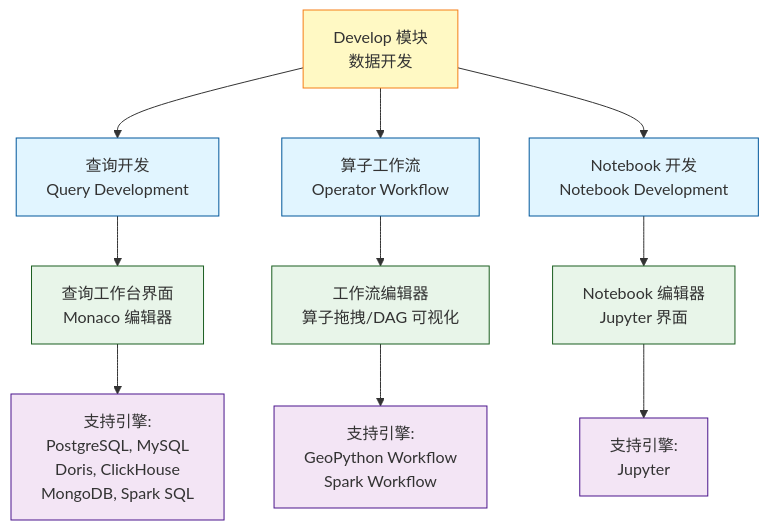
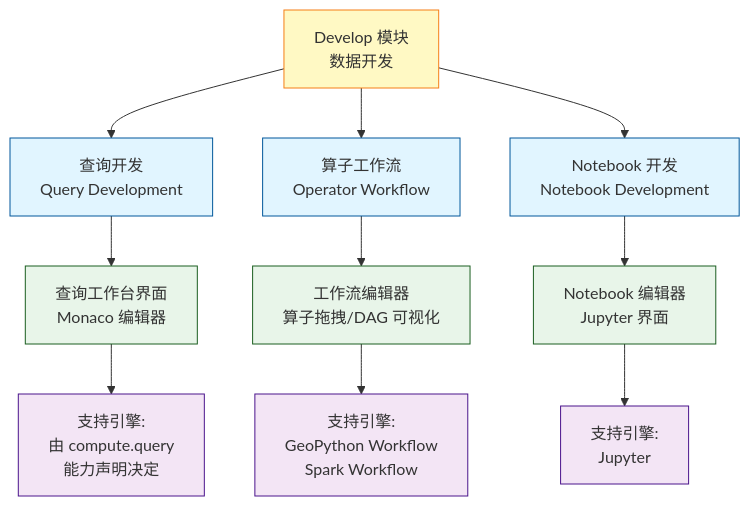
Before and after one commit to pampa0629/addp: the first of 5 diagrams in docs/concepts/addp数据开发体系图.md, drawn with Mermaid. The commit also changed other lines of this file and 293 other files, not shown here.

````diff
--- a/docs/concepts/addp数据开发体系图.md
+++ b/docs/concepts/addp数据开发体系图.md
@@ -21,28 +21,28 @@
 ```mermaid
 graph TB
     Develop[Develop 模块<br/>数据开发]
 
     Develop --> Query[查询开发<br/>Query Development]
     Develop --> Workflow[算子工作流<br/>Operator Workflow]
     Develop --> Notebook[Notebook 开发<br/>Notebook Development]
 
     Query --> QueryUI[查询工作台界面<br/>Monaco 编辑器]
     Workflow --> WorkflowUI[工作流编辑器<br/>算子拖拽/DAG 可视化]
     Notebook --> NotebookUI[Notebook 编辑器<br/>Jupyter 界面]
 
-    QueryUI --> QueryEngine[支持引擎:<br/>PostgreSQL, MySQL<br/>Doris, ClickHouse<br/>MongoDB, Spark SQL]
+    QueryUI --> QueryEngine[支持引擎:<br/>由 compute.query<br/>能力声明决定]
 
     WorkflowUI --> WorkflowEngine[支持引擎:<br/>GeoPython Workflow<br/>Spark Workflow]
 
     NotebookUI --> NotebookEngine[支持引擎:<br/>Jupyter]
 
     classDef module fill:#fff9c4,stroke:#f57f17
     classDef mode fill:#e1f5ff,stroke:#01579b
     classDef ui fill:#e8f5e9,stroke:#1b5e20
     classDef engine fill:#f3e5f5,stroke:#4a148c
 
     class Develop module
     class Query,Workflow,Notebook mode
     class QueryUI,WorkflowUI,NotebookUI ui
     class QueryEngine,WorkflowEngine,NotebookEngine engine
 ```
````
